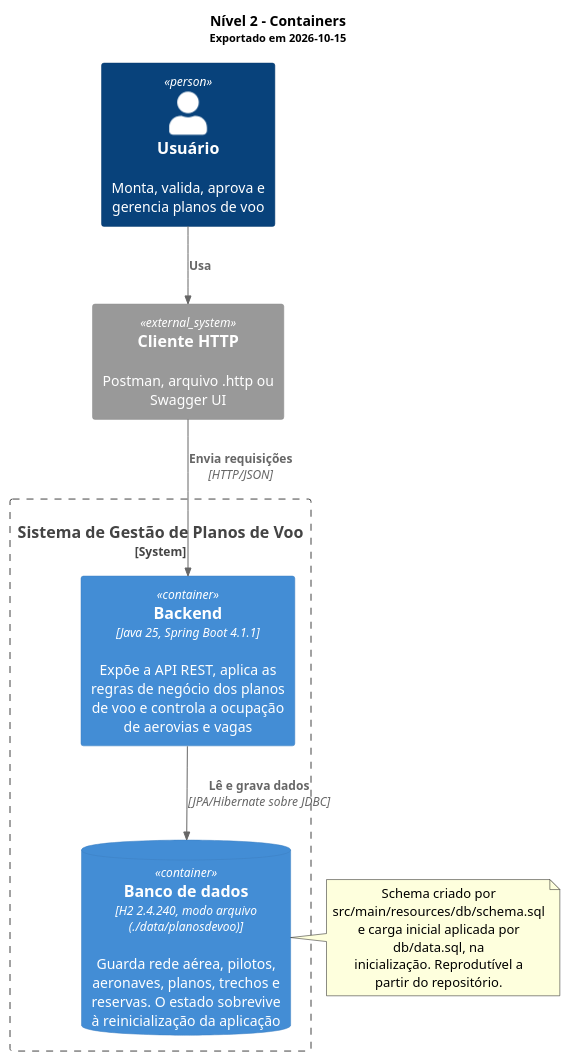
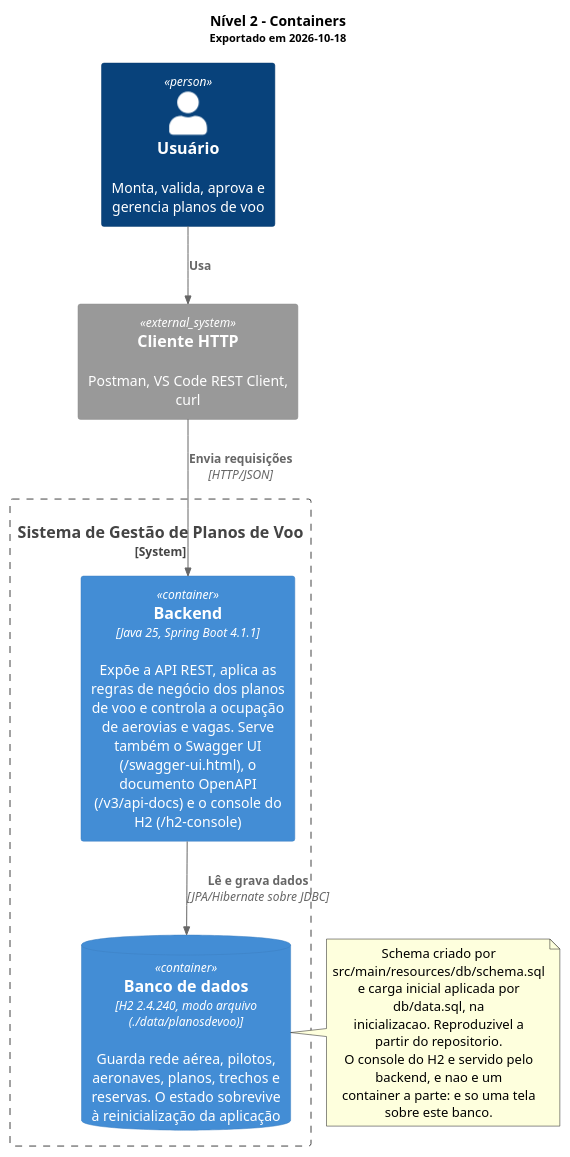
Before and after one commit to antoniocosta0/trabalho-projaq: the diagram in docs/arquitetura/c4-containers.puml, drawn with PlantUML. The commit also changed 16 other files, not shown here.

```diff
--- a/docs/arquitetura/c4-containers.puml
+++ b/docs/arquitetura/c4-containers.puml
@@ -1,29 +1,31 @@
 @startuml
 ' C4 nível 2 - Containers
 ' PUCRS - Projeto e Arquitetura de Software - 2026/2 - turma 340
 !include <C4/C4_Container>
 
 title
   Nível 2 - Containers
-  <size:11>Exportado em 2026-10-15</size>
+  <size:11>Exportado em 2026-10-18</size>
 end title
 
 Person(usuario, "Usuário", "Monta, valida, aprova e gerencia planos de voo")
-System_Ext(cliente, "Cliente HTTP", "Postman, arquivo .http ou Swagger UI")
+System_Ext(cliente, "Cliente HTTP", "Postman, VS Code REST Client, curl")
 
 System_Boundary(sistema, "Sistema de Gestão de Planos de Voo") {
-  Container(api, "Backend", "Java 25, Spring Boot 4.1.1", "Expõe a API REST, aplica as regras de negócio dos planos de voo e controla a ocupação de aerovias e vagas")
+  Container(api, "Backend", "Java 25, Spring Boot 4.1.1", "Expõe a API REST, aplica as regras de negócio dos planos de voo e controla a ocupação de aerovias e vagas. Serve também o Swagger UI (/swagger-ui.html), o documento OpenAPI (/v3/api-docs) e o console do H2 (/h2-console)")
   ContainerDb(banco, "Banco de dados", "H2 2.4.240, modo arquivo (./data/planosdevoo)", "Guarda rede aérea, pilotos, aeronaves, planos, trechos e reservas. O estado sobrevive à reinicialização da aplicação")
 }
 
 Rel(usuario, cliente, "Usa")
 Rel(cliente, api, "Envia requisições", "HTTP/JSON")
 Rel(api, banco, "Lê e grava dados", "JPA/Hibernate sobre JDBC")
 
 note right of banco
   Schema criado por src/main/resources/db/schema.sql
   e carga inicial aplicada por db/data.sql, na
-  inicialização. Reprodutível a partir do repositório.
+  inicializacao. Reproduzivel a partir do repositorio.
+  O console do H2 e servido pelo backend, e nao e um
+  container a parte: e so uma tela sobre este banco.
 end note
 
 @enduml
```
